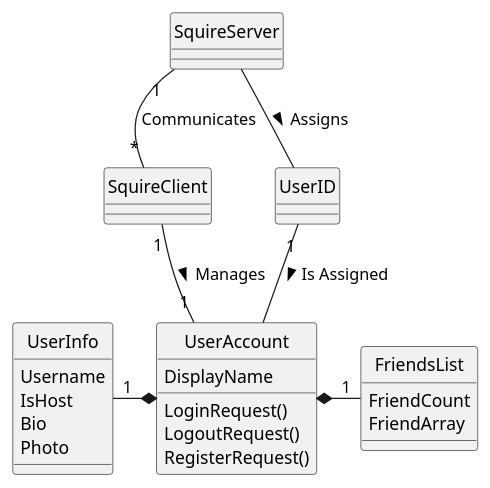
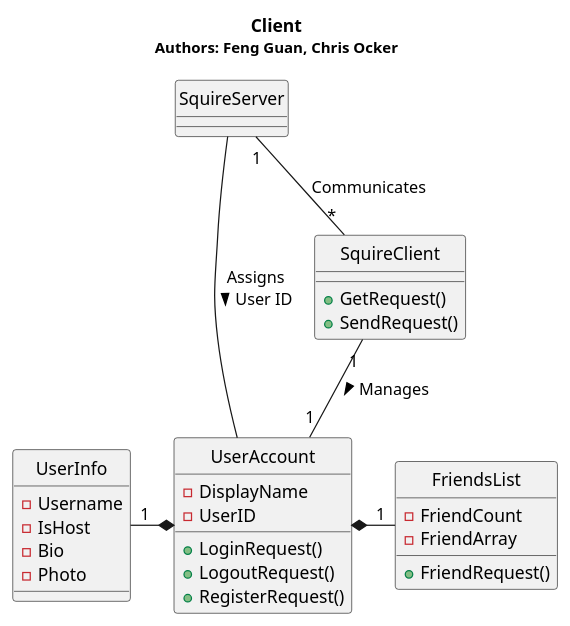
The diagram in hw3/UserAccount/UserAccounts.puml (voxelv/sQuire_kw), drawn with PlantUML before and after one commit. The commit also changed 1 other file, not shown here.

```diff
--- a/hw3/UserAccount/UserAccounts.puml
+++ b/hw3/UserAccount/UserAccounts.puml
@@ -1,36 +1,41 @@
 @startuml
 hide circles
+
+Title <b>Client</b>\n<size:12>Authors: Feng Guan, Chris Ocker</size>
+
 
 class "SquireServer" as ss
 
 class "UserAccount" as ua {
-DisplayName
-LoginRequest()
-LogoutRequest()
-RegisterRequest()
+-DisplayName
+-UserID
++LoginRequest()
++LogoutRequest()
++RegisterRequest()
 }
 
-class "SquireClient" as sc
-
-class "UserID" as id
+class "SquireClient" as sc {
++GetRequest()
++SendRequest()
+}
 
 class "UserInfo" as ui {
-Username
-IsHost
-Bio
-Photo
+-Username
+-IsHost
+-Bio
+-Photo
 }
 
 class "FriendsList" as fl {
-FriendCount
-FriendArray
+-FriendCount
+-FriendArray
++FriendRequest()
 }
 
 
 sc "1"  -- "1" ua : Manages >
 ss "1"  -- "*" sc : Communicates
-id "1"  -- ua : Is Assigned >
-ss      -- id : Assigns >
-ui "1"  -right-* ua 
+ss      -- ua : Assigns\nUser ID >
+ui "1"  -right-*   ua 
 fl "1"  -left-* ua
 @enduml
```
